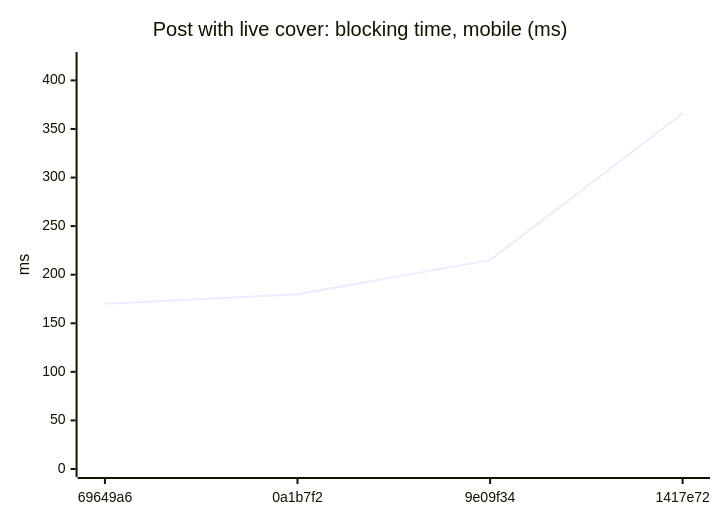
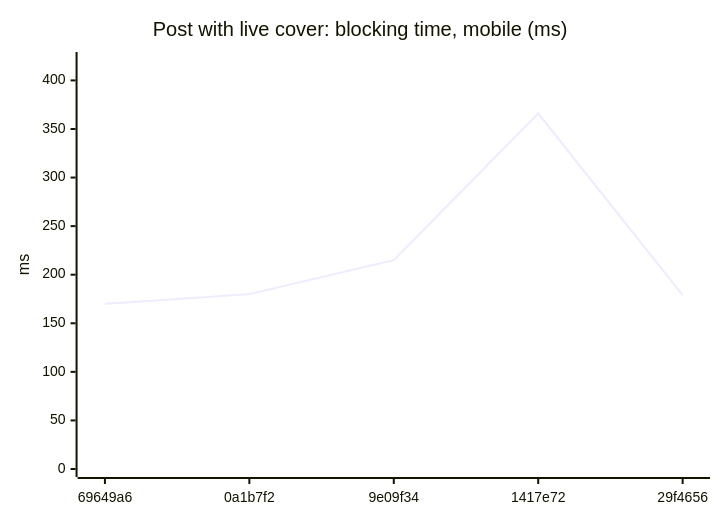
Before and after one commit to AxelUser/maltsev.space: diagram 14 of 18 in README.md, drawn with Mermaid. The commit also changed other lines of this file and 1 other file, not shown here.

````diff
--- a/README.md
+++ b/README.md
@@ -151,7 +151,7 @@
 ```mermaid
 xychart-beta
   title "Post with live cover: blocking time, mobile (ms)"
-  x-axis ["69649a6", "0a1b7f2", "9e09f34", "1417e72"]
+  x-axis ["69649a6", "0a1b7f2", "9e09f34", "1417e72", "29f4656"]
   y-axis "ms" 0 --> 421
-  line [170, 180, 215, 366]
+  line [170, 180, 215, 366, 179]
 ```
````
